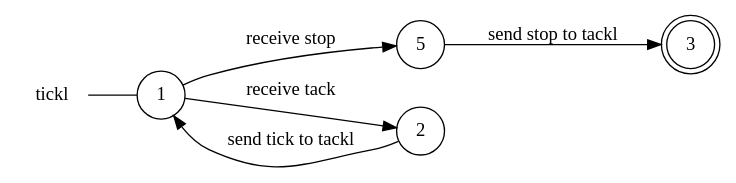
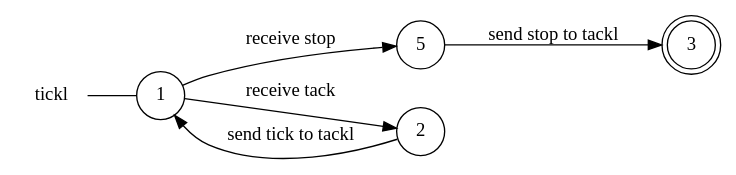
One commit to gabrielegenovese/chorer changed the diagram in example/ticktack/tickl_local_view.dot. Above: the diagram before and after it, drawn with Graphviz. The commit also changed other lines of this file and 8 other files, not shown here.

```diff
--- a/example/ticktack/tickl_local_view.dot
+++ b/example/ticktack/tickl_local_view.dot
@@ -1,14 +1,14 @@
 digraph tickl {
 	rankdir="LR";
 	n_0 [label="tickl", shape="plaintext"];
 	n_1 [id="5", shape=circle, label="5"];
 	n_2 [id="1", shape=circle, label="1"];
 	n_0 -> n_2 [arrowhead=none];
 	n_3 [id="2", shape=circle, label="2"];
 	n_4 [id="3", shape=doublecircle, label="3"];
 
+	n_1 -> n_4 [id="[$e|1]", label="send stop to tackl"];
+	n_3 -> n_2 [id="[$e|6]", label="send tick to tackl"];
 	n_2 -> n_3 [id="[$e|4]", label="receive tack"];
 	n_2 -> n_1 [id="[$e|2]", label="receive stop"];
-	n_3 -> n_2 [id="[$e|6]", label="send tick to tackl"];
-	n_1 -> n_4 [id="[$e|1]", label="send stop to tackl"];
 }
```
